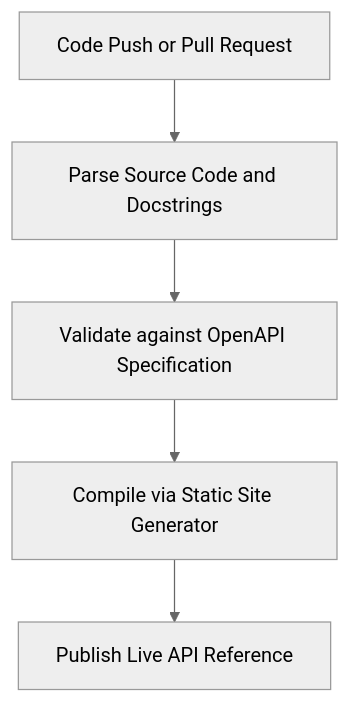
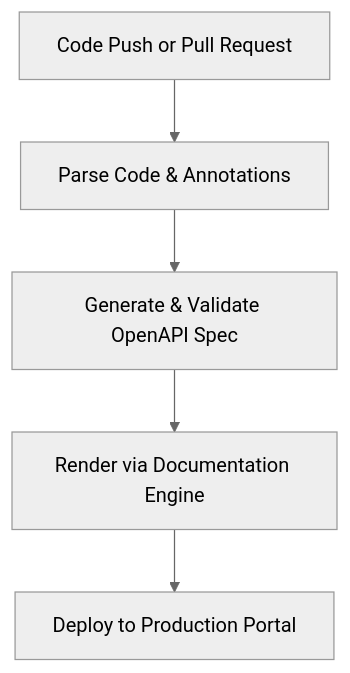
The diagram in docs/industry-terms/automated-api-reference-generation.md (vaishvanara/techwritingkb), drawn with Mermaid (neutral theme) before and after one commit. The commit also changed other lines of this file and 51 other files, not shown here.

````diff
--- a/docs/industry-terms/automated-api-reference-generation.md
+++ b/docs/industry-terms/automated-api-reference-generation.md
@@ -44,7 +44,7 @@
 ```mermaid
 graph TD
-    A[Code Push or Pull Request] --> B[Parse Source Code and Docstrings]
-    B --> C[Validate against OpenAPI Specification]
-    C --> D[Compile via Static Site Generator]
-    D --> E[Publish Live API Reference]
+    A[Code Push or Pull Request] --> B[Parse Code & Annotations]
+    B --> C[Generate & Validate OpenAPI Spec]
+    C --> D[Render via Documentation Engine]
+    D --> E[Deploy to Production Portal]
 ```
````
